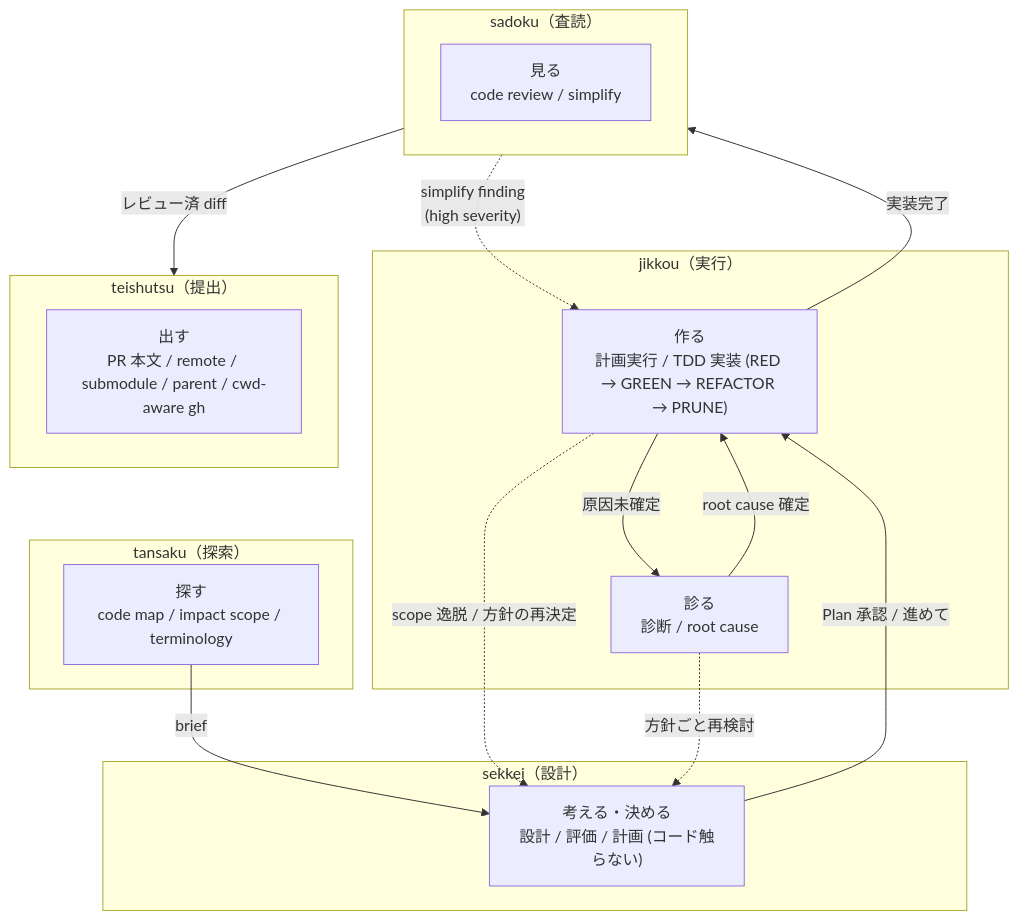
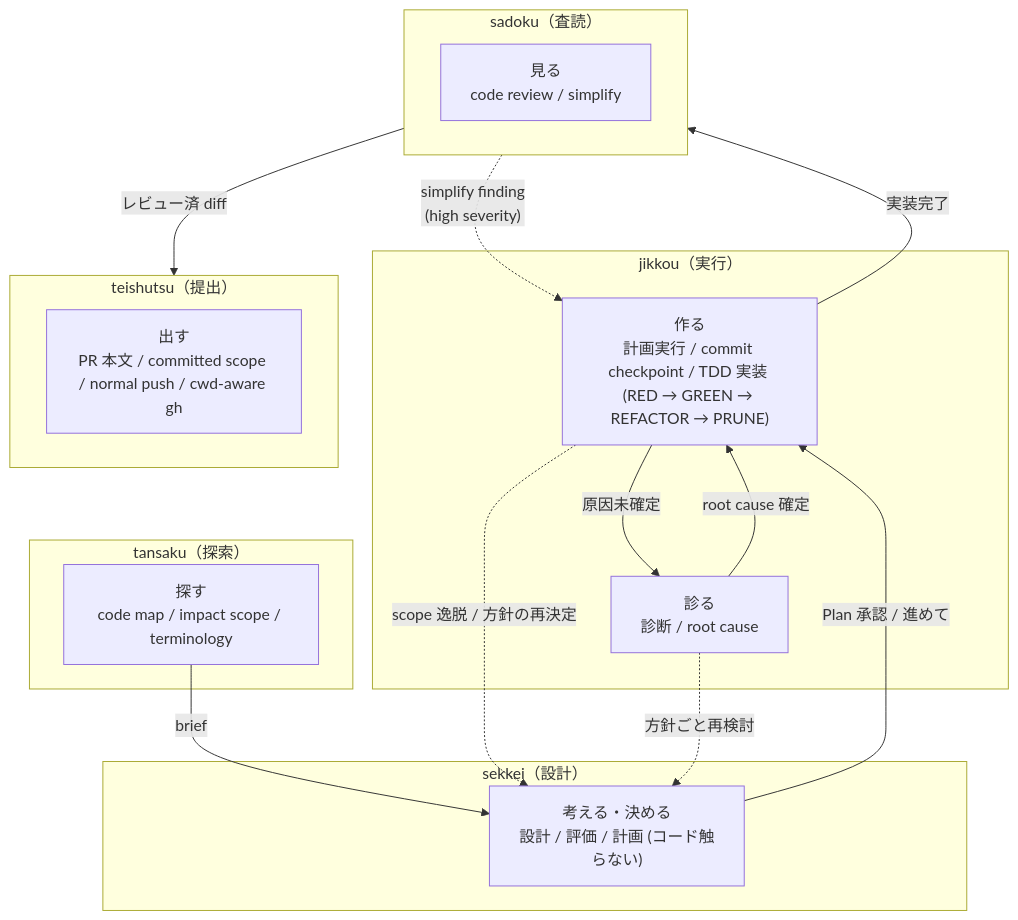
One commit to hayashiii-ghub/hikizan changed the diagram in docs/workflow.md. Above: the diagram before and after it, drawn with Mermaid. The commit also changed other lines of this file and 13 other files, not shown here.

````diff
--- a/docs/workflow.md
+++ b/docs/workflow.md
@@ -18,29 +18,29 @@
 ```mermaid
 flowchart TB
   subgraph EXPLORE["tansaku（探索）"]
     T["探す<br/>code map / impact scope / terminology"]
   end
   subgraph DESIGN["sekkei（設計）"]
     K["考える・決める<br/>設計 / 評価 / 計画 (コード触らない)"]
   end
   subgraph EXEC["jikkou（実行）"]
-    J["作る<br/>計画実行 / TDD 実装 (RED → GREEN → REFACTOR → PRUNE)"]
+    J["作る<br/>計画実行 / commit checkpoint / TDD 実装 (RED → GREEN → REFACTOR → PRUNE)"]
     JD["診る<br/>診断 / root cause"]
   end
   subgraph REVIEW["sadoku（査読）"]
     R["見る<br/>code review / simplify"]
   end
   subgraph SUBMIT["teishutsu（提出）"]
-    M["出す<br/>PR 本文 / remote / submodule / parent / cwd-aware gh"]
+    M["出す<br/>PR 本文 / committed scope / normal push / cwd-aware gh"]
   end
 
   T -->|"brief"| K
   K -->|"Plan 承認 / 進めて"| J
   J -->|"原因未確定"| JD
   JD -->|"root cause 確定"| J
   J -.->|"scope 逸脱 / 方針の再決定"| K
   JD -.->|"方針ごと再検討"| K
   J -->|"実装完了"| REVIEW
   REVIEW -.->|"simplify finding<br/>(high severity)"| J
   REVIEW -->|"レビュー済 diff"| SUBMIT
 ```
````
